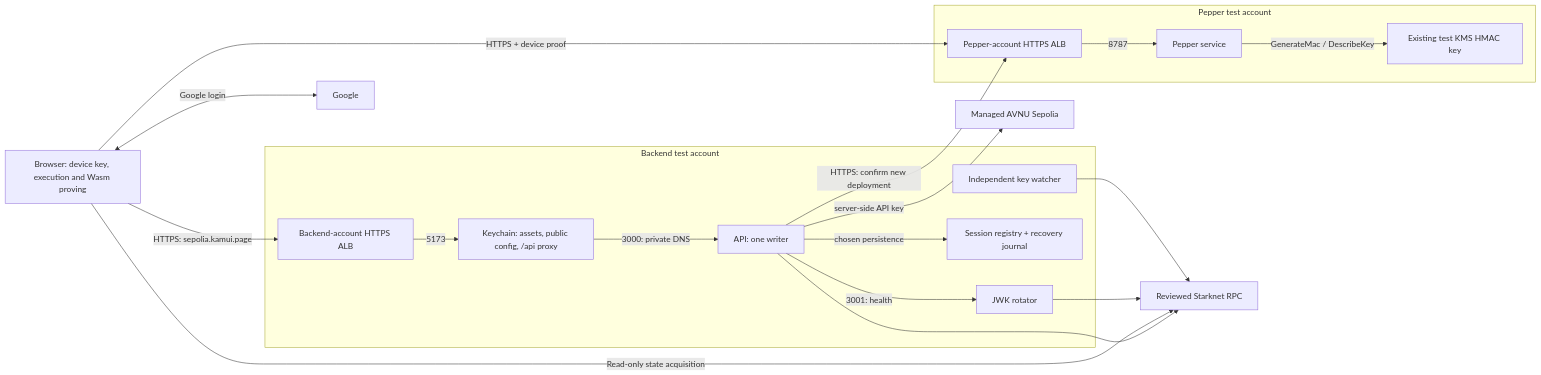
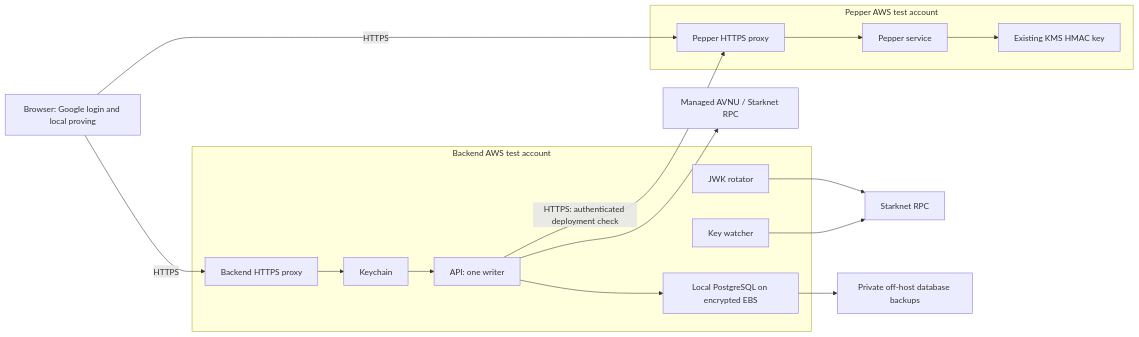
Before and after one commit to starknet-innovation/kamui: the diagram in infra/aws/terraform/HOSTING_REVIEW.md, drawn with Mermaid. The commit also changed other lines of this file and 42 other files, not shown here.

First line of the commit message:
Add PostgreSQL storage and offline SQLite migration

````diff
--- a/infra/aws/terraform/HOSTING_REVIEW.md
+++ b/infra/aws/terraform/HOSTING_REVIEW.md
@@ -15,23 +15,21 @@
 ```mermaid
 flowchart LR
-  B[Browser: device key, execution and Wasm proving] <-->|Google login| G[Google]
-  B -->|HTTPS: sepolia.kamui.page| L[Backend-account HTTPS ALB]
-  subgraph Backend test account
-    L -->|5173| K[Keychain: assets, public config, /api proxy]
-    K -->|3000: private DNS| A[API: one writer]
-    A -->|3001: health| R[JWK rotator]
-    A -->|chosen persistence| D[Session registry + recovery journal]
-    W[Independent key watcher]
-  end
-  B -->|HTTPS + device proof| PL[Pepper-account HTTPS ALB]
-  A -->|HTTPS: confirm new deployment| PL
-  subgraph Pepper test account
-    PL -->|8787| S[Pepper service]
-    S -->|GenerateMac / DescribeKey| M[Existing test KMS HMAC key]
-  end
-  A -->|server-side API key| V[Managed AVNU Sepolia]
-  A --> RPC[Reviewed Starknet RPC]
-  B -->|Read-only state acquisition| RPC
-  R --> RPC
-  W --> RPC
+    B[Browser: Google login and local proving] -->|HTTPS| H[Backend HTTPS proxy]
+    subgraph Backend AWS test account
+      H --> K[Keychain]
+      K --> A[API: one writer]
+      A --> P[Local PostgreSQL on encrypted EBS]
+      R[JWK rotator]
+      W[Key watcher]
+    end
+    B -->|HTTPS| PH[Pepper HTTPS proxy]
+    subgraph Pepper AWS test account
+      PH --> S[Pepper service]
+      S --> M[Existing KMS HMAC key]
+    end
+    A -->|HTTPS: authenticated deployment check| PH
+    A --> V[Managed AVNU / Starknet RPC]
+    R --> RPC[Starknet RPC]
+    W --> RPC
+    P --> BK[Private off-host database backups]
 ```
````
